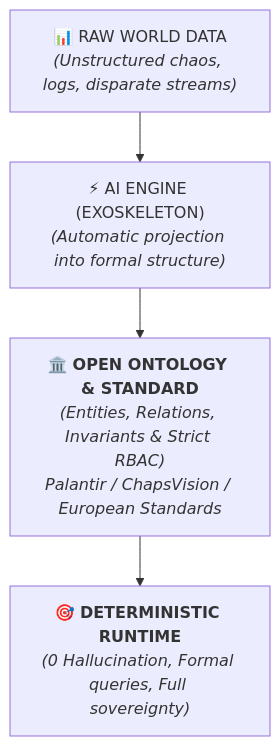
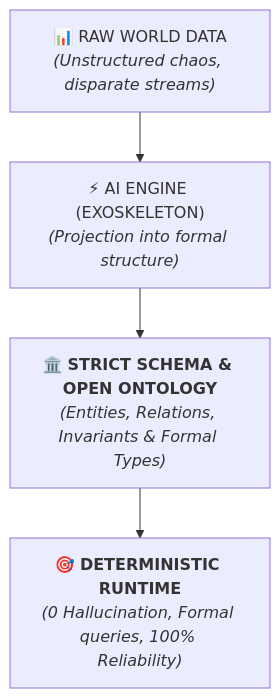
The seventh of 10 diagrams in content/posts/2026-09-19-ai-exoskelton-for-builders-not-oracle.md (gpineda-dev/gpineda-dev.github.io), drawn with Mermaid before and after one commit. The commit also changed other lines of this file and 1 other file, not shown here.

````diff
--- a/content/posts/2026-09-19-ai-exoskelton-for-builders-not-oracle.md
+++ b/content/posts/2026-09-19-ai-exoskelton-for-builders-not-oracle.md
@@ -321,6 +320,6 @@
 ```mermaid
 flowchart TD
-    A["📊 RAW WORLD DATA<br><i>(Unstructured chaos, logs, disparate streams)</i>"] --> B["⚡ AI ENGINE (EXOSKELETON)<br><i>(Automatic projection into formal structure)</i>"]
-    B --> C["🏛️ <b>OPEN ONTOLOGY & STANDARD</b><br><i>(Entities, Relations, Invariants & Strict RBAC)</i><br><i>Palantir / ChapsVision / European Standards</i>"]
-    C --> D["🎯 <b>DETERMINISTIC RUNTIME</b><br><i>(0 Hallucination, Formal queries, Full sovereignty)</i>"]
+    A["📊 RAW WORLD DATA<br><i>(Unstructured chaos, disparate streams)</i>"] --> B["⚡ AI ENGINE (EXOSKELETON)<br><i>(Projection into formal structure)</i>"]
+    B --> C["🏛️ <b>STRICT SCHEMA & OPEN ONTOLOGY</b><br><i>(Entities, Relations, Invariants & Formal Types)</i>"]
+    C --> D["🎯 <b>DETERMINISTIC RUNTIME</b><br><i>(0 Hallucination, Formal queries, 100% Reliability)</i>"]
 ```
````
